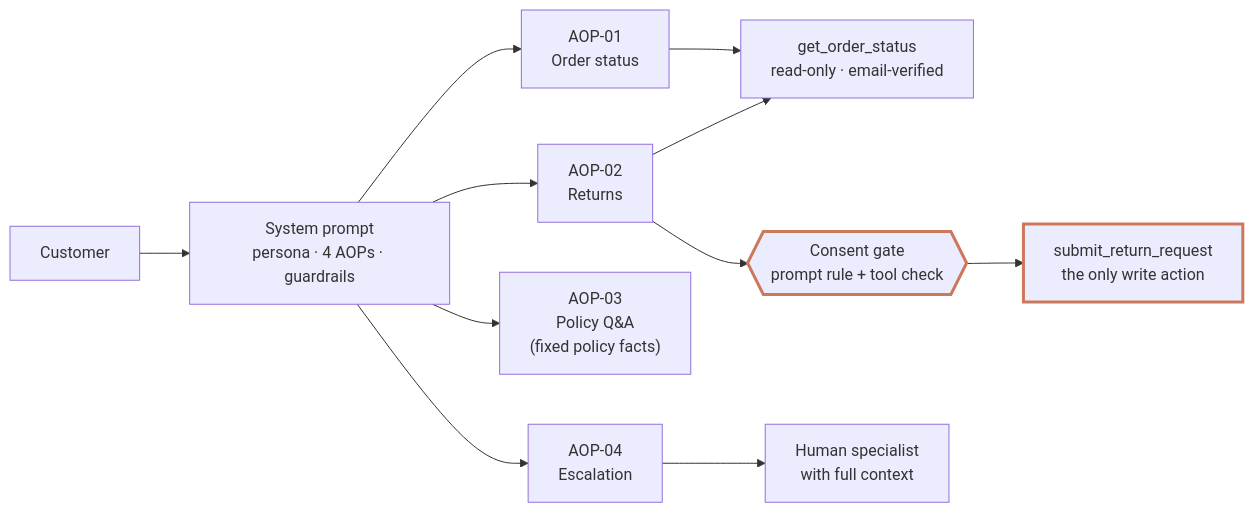
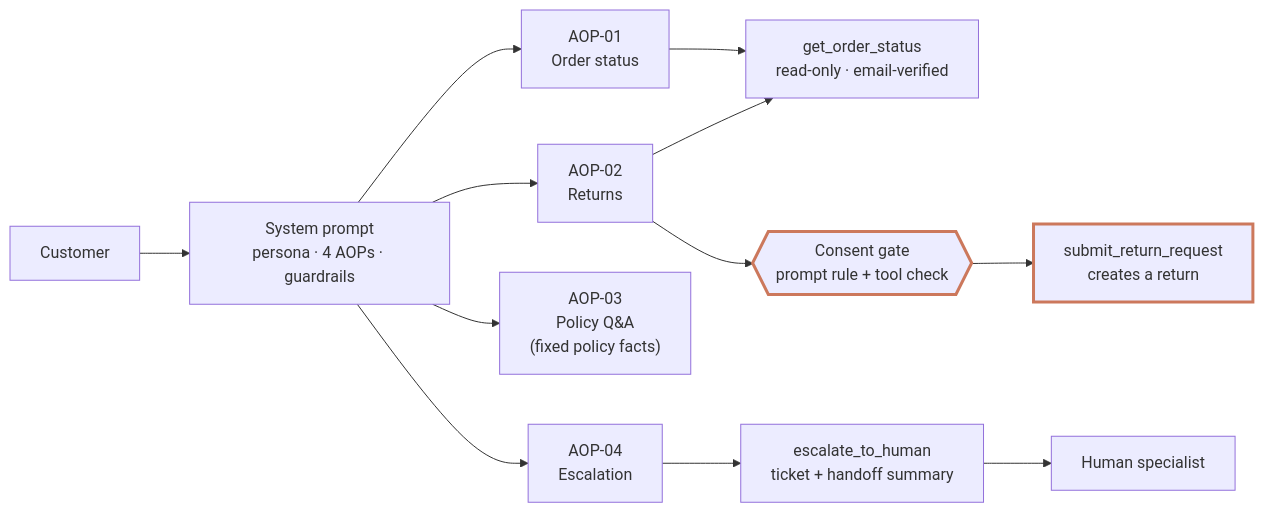
One commit to MumboJumbo123/bookly-agent changed the diagram in README.md. Above: the diagram before and after it, drawn with Mermaid. The commit also changed other lines of this file and 5 other files, not shown here.

````diff
--- a/README.md
+++ b/README.md
@@ -54,15 +65,16 @@
 ```mermaid
 flowchart LR
     U[Customer] --> P["System prompt<br/>persona · 4 AOPs · guardrails"]
     P --> A1[AOP-01<br/>Order status]
     P --> A2[AOP-02<br/>Returns]
     P --> A3["AOP-03<br/>Policy Q&A<br/>(fixed policy facts)"]
     P --> A4[AOP-04<br/>Escalation]
     A1 --> R["get_order_status<br/>read-only · email-verified"]
     A2 --> R
     A2 --> G{{"Consent gate<br/>prompt rule + tool check"}}
-    G --> W["submit_return_request<br/>the only write action"]
-    A4 --> H[Human specialist<br/>with full context]
+    G --> W["submit_return_request<br/>creates a return"]
+    A4 --> E["escalate_to_human<br/>ticket + handoff summary"]
+    E --> H[Human specialist]
     style G stroke:#CC785C,stroke-width:3px
     style W stroke:#CC785C,stroke-width:3px
 ```
````
